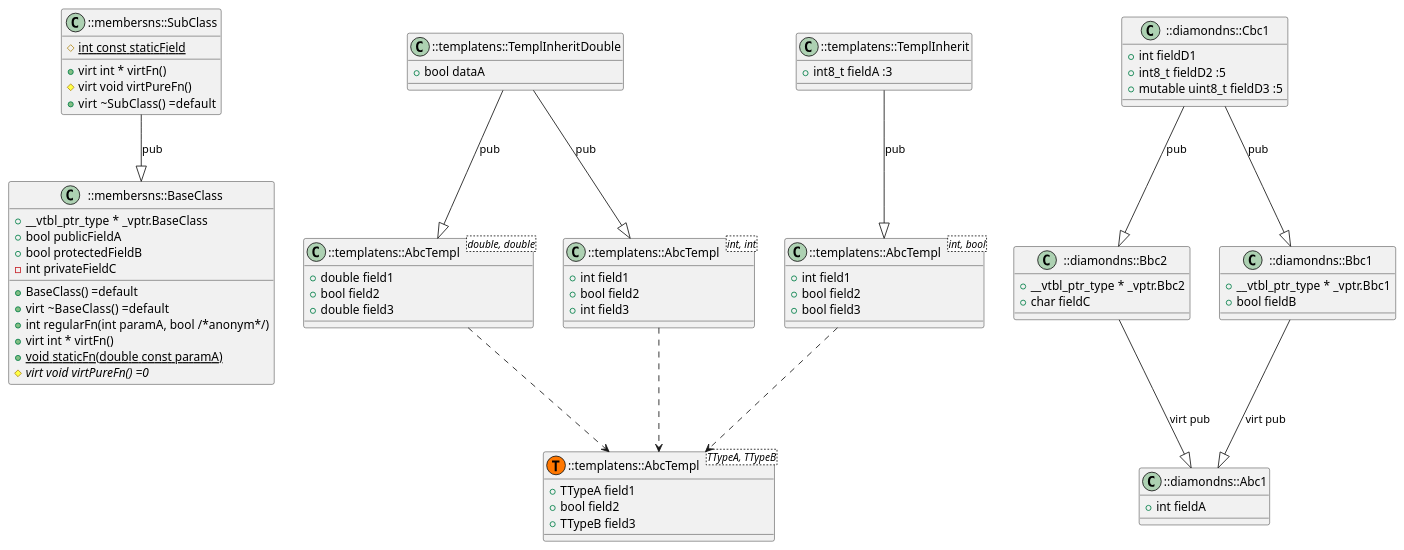
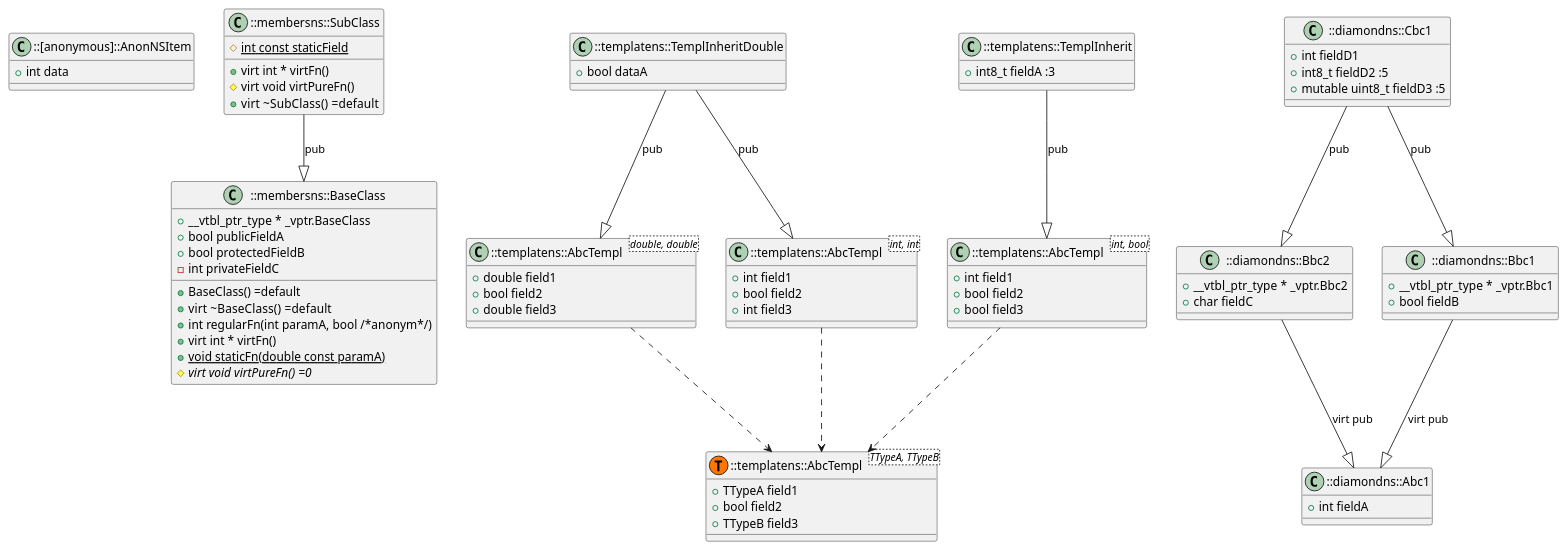
Before and after one commit to anetczuk/gcc-uml: the diagram in examples/inheritgraph/inherit_sample.cpp.puml, drawn with PlantUML. The commit also changed 5 other files, not shown here.

```diff
--- a/examples/inheritgraph/inherit_sample.cpp.puml
+++ b/examples/inheritgraph/inherit_sample.cpp.puml
@@ -1,87 +1,90 @@
 @startuml
 
-class "::membersns::SubClass" as item_0 {
+class "::[anonymous]::AnonNSItem" as item_0 {
+    {field} + int data
+}
+class "::membersns::SubClass" as item_1 {
     {field} {static} # int const staticField
     {method} +virt int * virtFn() 
     {method} #virt void virtPureFn() 
     {method} +virt  ~SubClass() =default
 }
-class "::membersns::BaseClass" as item_1 {
+class "::membersns::BaseClass" as item_2 {
     {field} + __vtbl_ptr_type * _vptr.BaseClass
     {field} + bool publicFieldA
     {field} + bool protectedFieldB
     {field} - int privateFieldC
     {method} +  BaseClass() =default
     {method} +virt  ~BaseClass() =default
     {method} + int regularFn(int paramA, bool /*anonym*/) 
     {method} +virt int * virtFn() 
     {method} {static} + void staticFn(double const paramA) 
     {method} {abstract} #virt void virtPureFn() =0
 }
-class "::templatens::TemplInheritDouble" as item_2 {
+class "::templatens::TemplInheritDouble" as item_3 {
     {field} + bool dataA
 }
-class "::templatens::TemplInherit" as item_3 {
+class "::templatens::TemplInherit" as item_4 {
     {field} + int8_t fieldA :3
 }
-class "::templatens::AbcTempl" as item_4 <TTypeA, TTypeB> <<T,#FF7700>> {
+class "::templatens::AbcTempl" as item_5 <TTypeA, TTypeB> <<T,#FF7700>> {
     {field} + TTypeA field1
     {field} + bool field2
     {field} + TTypeB field3
 }
-class "::templatens::AbcTempl<double, double>" as item_5 {
+class "::templatens::AbcTempl<double, double>" as item_6 {
     {field} + double field1
     {field} + bool field2
     {field} + double field3
 }
-class "::templatens::AbcTempl<int, int>" as item_6 {
+class "::templatens::AbcTempl<int, int>" as item_7 {
     {field} + int field1
     {field} + bool field2
     {field} + int field3
 }
-class "::templatens::AbcTempl<int, bool>" as item_7 {
+class "::templatens::AbcTempl<int, bool>" as item_8 {
     {field} + int field1
     {field} + bool field2
     {field} + bool field3
 }
-class "::diamondns::Cbc1" as item_8 {
+class "::diamondns::Cbc1" as item_9 {
     {field} + int fieldD1
     {field} + int8_t fieldD2 :5
     {field} + mutable uint8_t fieldD3 :5
 }
-class "::diamondns::Bbc2" as item_9 {
+class "::diamondns::Bbc2" as item_10 {
     {field} + __vtbl_ptr_type * _vptr.Bbc2
     {field} + char fieldC
 }
-class "::diamondns::Bbc1" as item_10 {
+class "::diamondns::Bbc1" as item_11 {
     {field} + __vtbl_ptr_type * _vptr.Bbc1
     {field} + bool fieldB
 }
-class "::diamondns::Abc1" as item_11 {
+class "::diamondns::Abc1" as item_12 {
     {field} + int fieldA
 }
 
 ' ::membersns::SubClass --|> ::membersns::BaseClass
-item_0 --|> item_1: "pub"
+item_1 --|> item_2: "pub"
 ' ::templatens::TemplInheritDouble --|> ::templatens::AbcTempl<int, int>
-item_2 --|> item_6: "pub"
+item_3 --|> item_7: "pub"
 ' ::templatens::TemplInheritDouble --|> ::templatens::AbcTempl<double, double>
-item_2 --|> item_5: "pub"
+item_3 --|> item_6: "pub"
 ' ::templatens::TemplInherit --|> ::templatens::AbcTempl<int, bool>
-item_3 --|> item_7: "pub"
+item_4 --|> item_8: "pub"
 ' ::templatens::AbcTempl<double, double> ..> ::templatens::AbcTempl
-item_5 ..> item_4
+item_6 ..> item_5
 ' ::templatens::AbcTempl<int, int> ..> ::templatens::AbcTempl
-item_6 ..> item_4
+item_7 ..> item_5
 ' ::templatens::AbcTempl<int, bool> ..> ::templatens::AbcTempl
-item_7 ..> item_4
+item_8 ..> item_5
 ' ::diamondns::Cbc1 --|> ::diamondns::Bbc1
-item_8 --|> item_10: "pub"
+item_9 --|> item_11: "pub"
 ' ::diamondns::Cbc1 --|> ::diamondns::Bbc2
-item_8 --|> item_9: "pub"
+item_9 --|> item_10: "pub"
 ' ::diamondns::Bbc2 --|> ::diamondns::Abc1
-item_9 --|> item_11: "virt pub"
+item_10 --|> item_12: "virt pub"
 ' ::diamondns::Bbc1 --|> ::diamondns::Abc1
-item_10 --|> item_11: "virt pub"
+item_11 --|> item_12: "virt pub"
 
 @enduml
```
